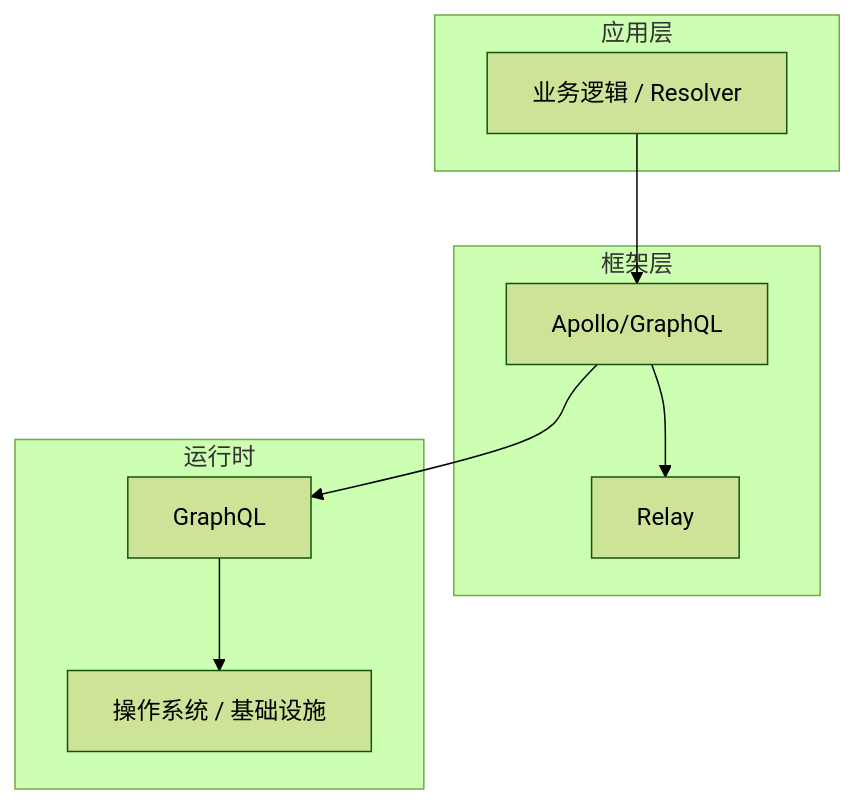
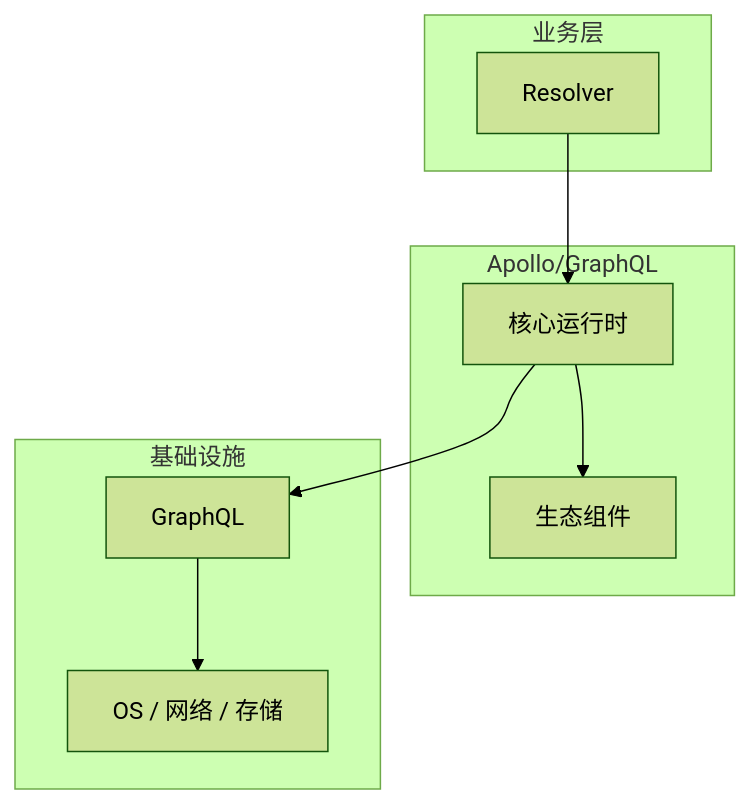
Before and after one commit to yanggan2015/knowledge-json-v2: the diagram in articles/GraphQL/chapters/025-Resolver核心概念与原理.md, drawn with Mermaid (forest theme). The commit also changed other lines of this file and 10127 other files, not shown here.

````diff
--- a/articles/GraphQL/chapters/025-Resolver核心概念与原理.md
+++ b/articles/GraphQL/chapters/025-Resolver核心概念与原理.md
@@ -45,18 +34,18 @@
 ```mermaid
 graph TB
-    subgraph 应用层
-        A[业务逻辑 / Resolver]
+    subgraph 业务层
+        A[Resolver]
     end
-    subgraph 框架层
-        B[Apollo/GraphQL]
-        C[Relay]
+    subgraph Apollo/GraphQL
+        B[核心运行时]
+        C[生态组件]
     end
-    subgraph 运行时
+    subgraph 基础设施
         D[GraphQL]
-        E[操作系统 / 基础设施]
+        E[OS / 网络 / 存储]
     end
     A --> B
     B --> C
     B --> D
     D --> E
 ```
````
